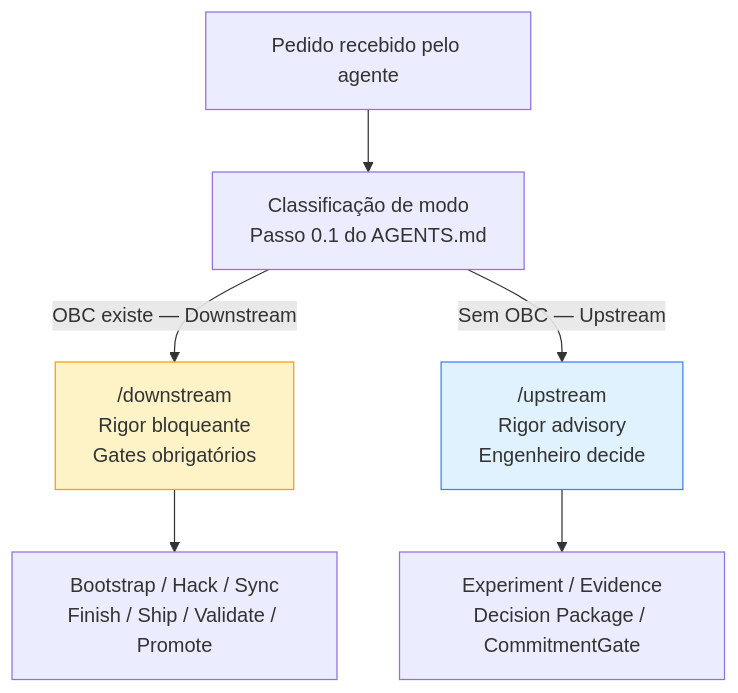
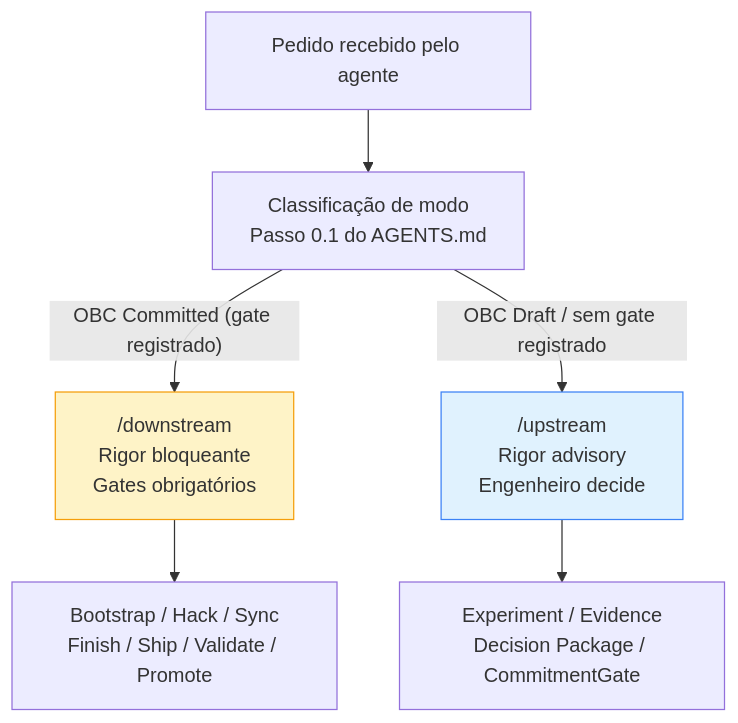
The diagram in capitulo-10.md (produtoreativo/from-intent-to-outcome), drawn with Mermaid before and after one commit. The commit also changed other lines of this file and 19 other files, not shown here.

````diff
--- a/capitulo-10.md
+++ b/capitulo-10.md
@@ -67,11 +67,11 @@
 ```mermaid
 graph TD
     REQ["Pedido recebido pelo agente"] --> CLASS["Classificação de modo\nPasso 0.1 do AGENTS.md"]
-    CLASS -->|"OBC existe — Downstream"| DS["/downstream\nRigor bloqueante\nGates obrigatórios"]
-    CLASS -->|"Sem OBC — Upstream"| US["/upstream\nRigor advisory\nEngenheiro decide"]
+    CLASS -->|"OBC Committed (gate registrado)"| DS["/downstream\nRigor bloqueante\nGates obrigatórios"]
+    CLASS -->|"OBC Draft / sem gate registrado"| US["/upstream\nRigor advisory\nEngenheiro decide"]
     DS --> SKILLS_DS["Bootstrap / Hack / Sync\nFinish / Ship / Validate / Promote"]
     US --> SKILLS_US["Experiment / Evidence\nDecision Package / CommitmentGate"]
 
     style DS fill:#FEF3C7,stroke:#F59E0B
     style US fill:#E0F2FE,stroke:#3B82F6
 ```
````
